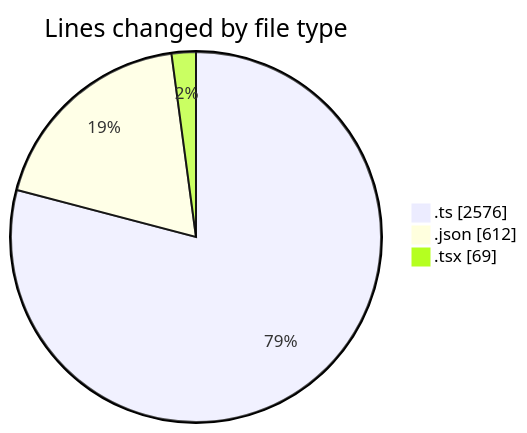
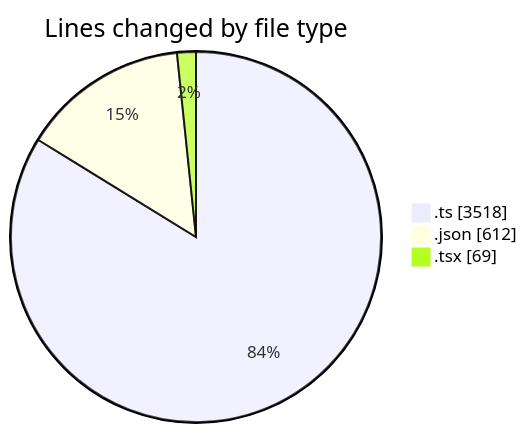
One commit to momahboobian/code-tracking changed the first of 2 diagrams in 2025-10-22/cda/README.md. Above: the diagram before and after it, drawn with Mermaid. The commit also changed other lines of this file and 1 other file, not shown here.

````diff
--- a/2025-10-22/cda/README.md
+++ b/2025-10-22/cda/README.md
@@ -28,7 +29,7 @@
 ```mermaid
 pie showData
 title Lines changed by file type
-".ts" : 2576
+".ts" : 3518
 ".json" : 612
 ".tsx" : 69
 ```
````
